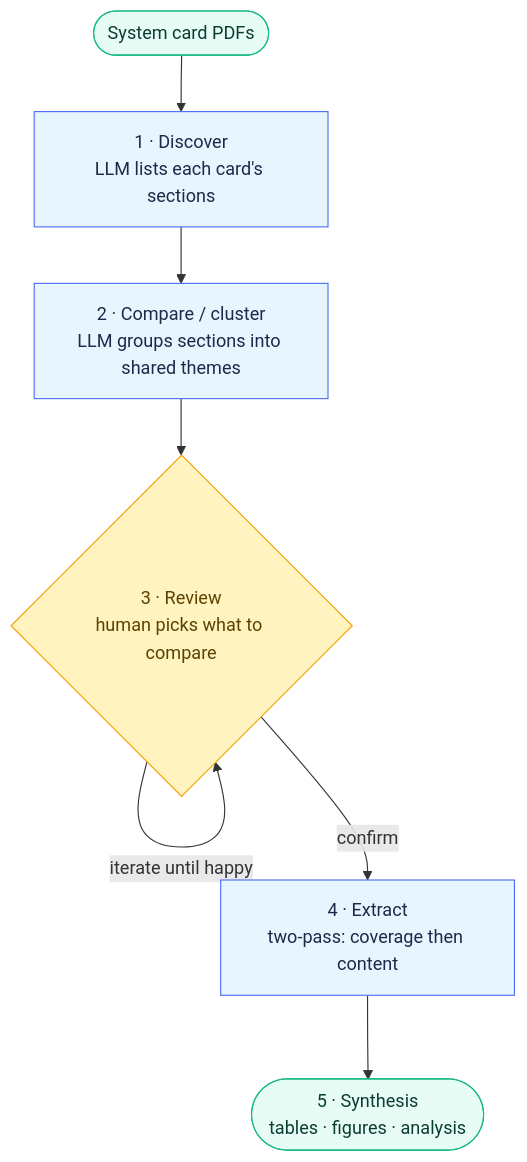
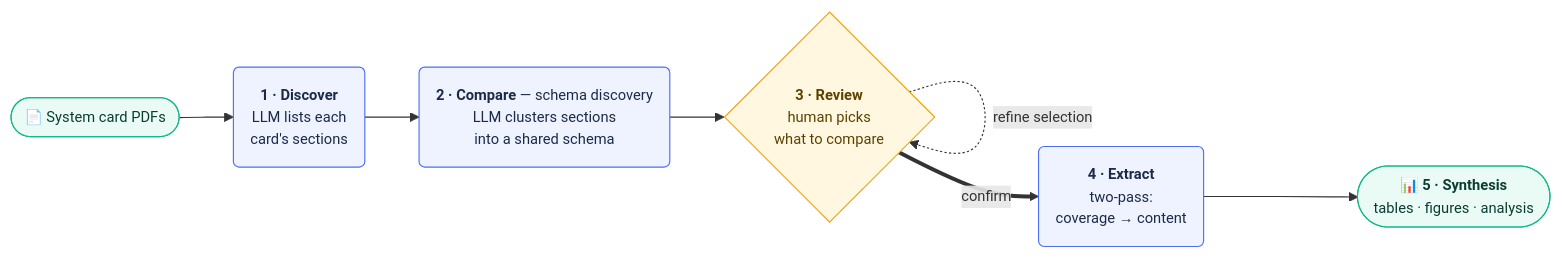
One commit to srijac/safety-card-analyzer changed the diagram in README.md. Above: the diagram before and after it, drawn with Mermaid. The commit also changed other lines of this file and 1 other file, not shown here.

Commit message:
Redesign pipeline diagram: horizontal LR, dashboard style; label step 2 as schema discovery

````diff
--- a/README.md
+++ b/README.md
@@ -81,12 +81,18 @@
 ```mermaid
-flowchart TD
-    P([System card PDFs]):::io --> D[1 · Discover<br/>LLM lists each card's sections]:::llm
-    D --> C[2 · Compare / cluster<br/>LLM groups sections into shared themes]:::llm
-    C --> R{3 · Review<br/>human picks what to compare}:::human
-    R -->|iterate until happy| R
-    R -->|confirm| E[4 · Extract<br/>two-pass: coverage then content]:::llm
-    E --> S([5 · Synthesis<br/>tables · figures · analysis]):::io
-    classDef llm fill:#E7F5FF,stroke:#4C6EF5,color:#1c2a4a;
-    classDef human fill:#FFF3BF,stroke:#F59F00,color:#5c4200;
-    classDef io fill:#E6FCF5,stroke:#12B886,color:#0b3d33;
+%%{init: {"flowchart": {"htmlLabels": true, "curve": "basis", "nodeSpacing": 32, "rankSpacing": 48}, "themeVariables": {"fontFamily": "-apple-system, Segoe UI, Helvetica, Arial, sans-serif", "fontSize": "13px"}}}%%
+flowchart LR
+    P(["📄 System card PDFs"]):::io
+    D("<b>1 · Discover</b><br/>LLM lists each<br/>card's sections"):::llm
+    C("<b>2 · Compare</b> — schema discovery<br/>LLM clusters sections<br/>into a shared schema"):::llm
+    R{"<b>3 · Review</b><br/>human picks<br/>what to compare"}:::human
+    E("<b>4 · Extract</b><br/>two-pass:<br/>coverage → content"):::llm
+    S(["📊 <b>5 · Synthesis</b><br/>tables · figures · analysis"]):::io
+
+    P --> D --> C --> R
+    R -. refine selection .-> R
+    R == confirm ==> E --> S
+
+    classDef llm fill:#eef3ff,stroke:#4c6ef5,stroke-width:1px,color:#1c2a4a;
+    classDef human fill:#fff7e0,stroke:#f59f00,stroke-width:1px,color:#5c4200;
+    classDef io fill:#e9fbf4,stroke:#12b886,stroke-width:1px,color:#0b3d33;
 ```
````
